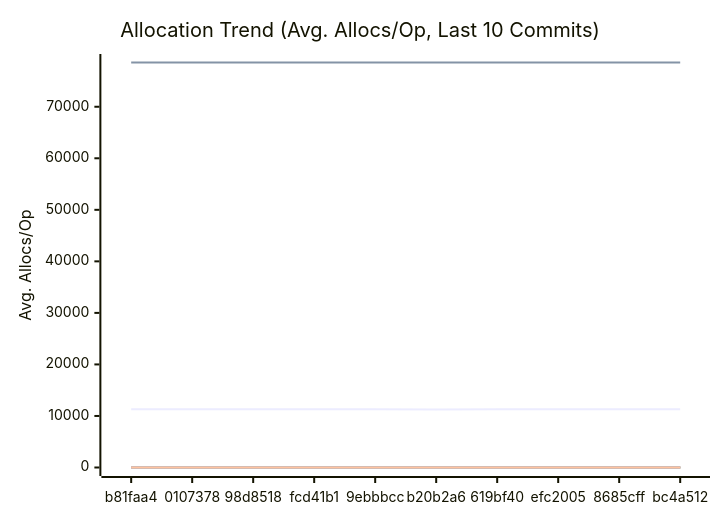
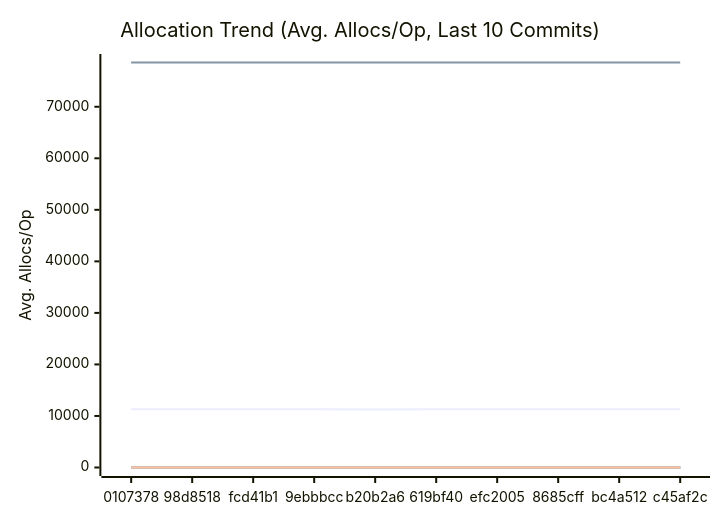
Before and after one commit to alsotoes/momo: the third of 3 diagrams in docs/PERFORMANCE.md, drawn with Mermaid. The commit also changed other lines of this file and 4 other files, not shown here.

First line of the commit message:
docs: sync codebase state into ARCHITECTURE, P2P, PROTOCOL docs

````diff
--- a/docs/PERFORMANCE.md
+++ b/docs/PERFORMANCE.md
@@ -197,20 +197,20 @@
 ```mermaid
 xychart-beta
     title "Allocation Trend (Avg. Allocs/Op, Last 10 Commits)"
     x-axis "Commit"
     y-axis "Avg. Allocs/Op"
-    x-axis [b81faa4,0107378,98d8518,fcd41b1,9ebbbcc,b20b2a6,619bf40,efc2005,8685cff,bc4a512]
-    line "AWSChunkedReaderSigned" [11290,11295,11316,11296,11282,11271,11298,11310,11291,11308]
-    line "AWSChunkedReaderUnsigned" [78578,78577,78586,78573,78566,78562,78570,78573,78562,78577]
+    x-axis [0107378,98d8518,fcd41b1,9ebbbcc,b20b2a6,619bf40,efc2005,8685cff,bc4a512,c45af2c]
+    line "AWSChunkedReaderSigned" [11295,11316,11296,11282,11271,11298,11310,11291,11308,11295]
+    line "AWSChunkedReaderUnsigned" [78577,78586,78573,78566,78562,78570,78573,78562,78577,78570]
     line "CheckMetricsAndSwap" [0,0,0,0,0,0,0,0,0,0]
     line "CrushOptimized" [0,0,0,0,0,0,0,0,0,0]
     line "CrushOriginal" [3,3,3,3,3,3,3,3,3,3]
     line "IndexDirectTracking" [0,0,0,0,0,0,0,0,0,0]
     line "IndexSearch" [0,0,0,0,0,0,0,0,0,0]
     line "LoadGlobalConfig" [46,46,46,46,46,46,46,46,46,46]
     line "PadString" [1,1,1,1,1,1,1,1,1,1]
     line "ParseReplicationOrder_NoPrealloc" [6,6,6,6,6,5,5,5,5,5]
     line "ParseReplicationOrder_Prealloc" [2,2,2,2,2,1,1,1,1,1]
     line "SanitizeLog/Safe" [0,0,0,0,0,0,0,0,0,0]
     line "SanitizeLog/Unsafe" [1,1,1,1,1,1,1,1,1,1]
 ```
````
